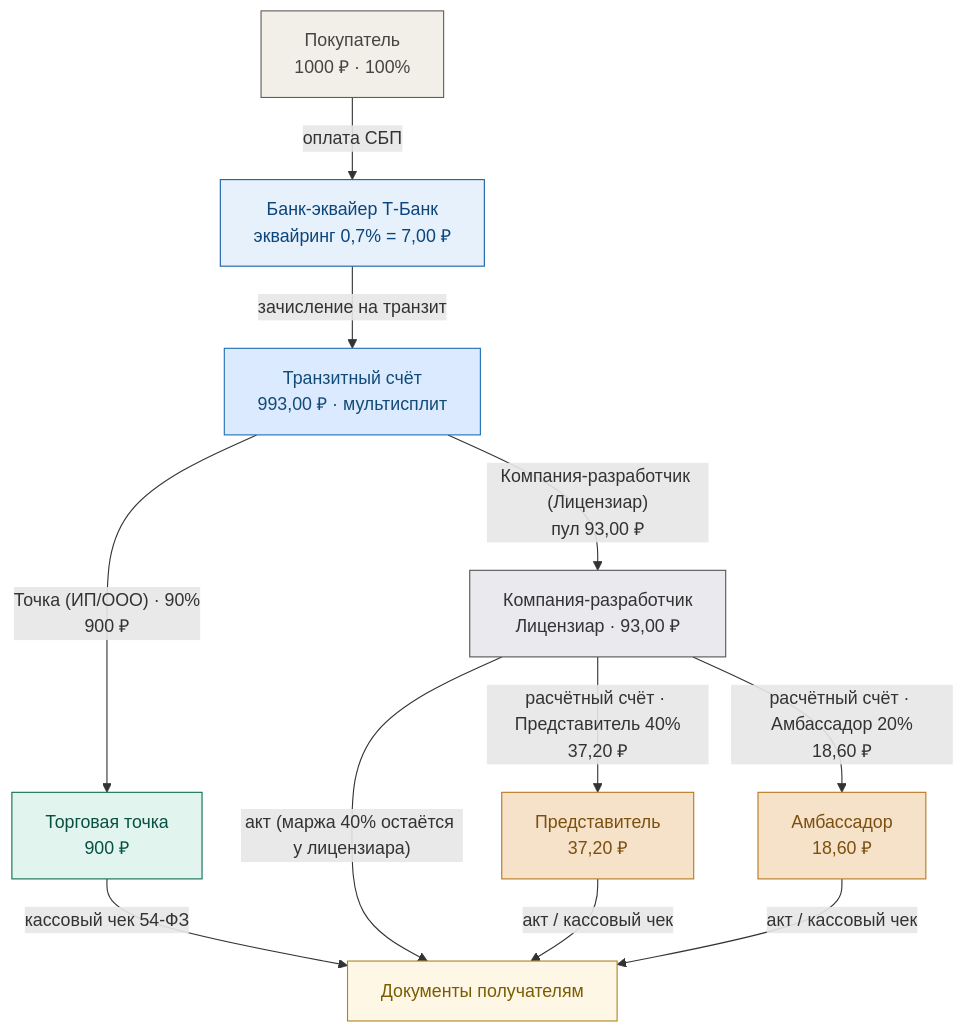
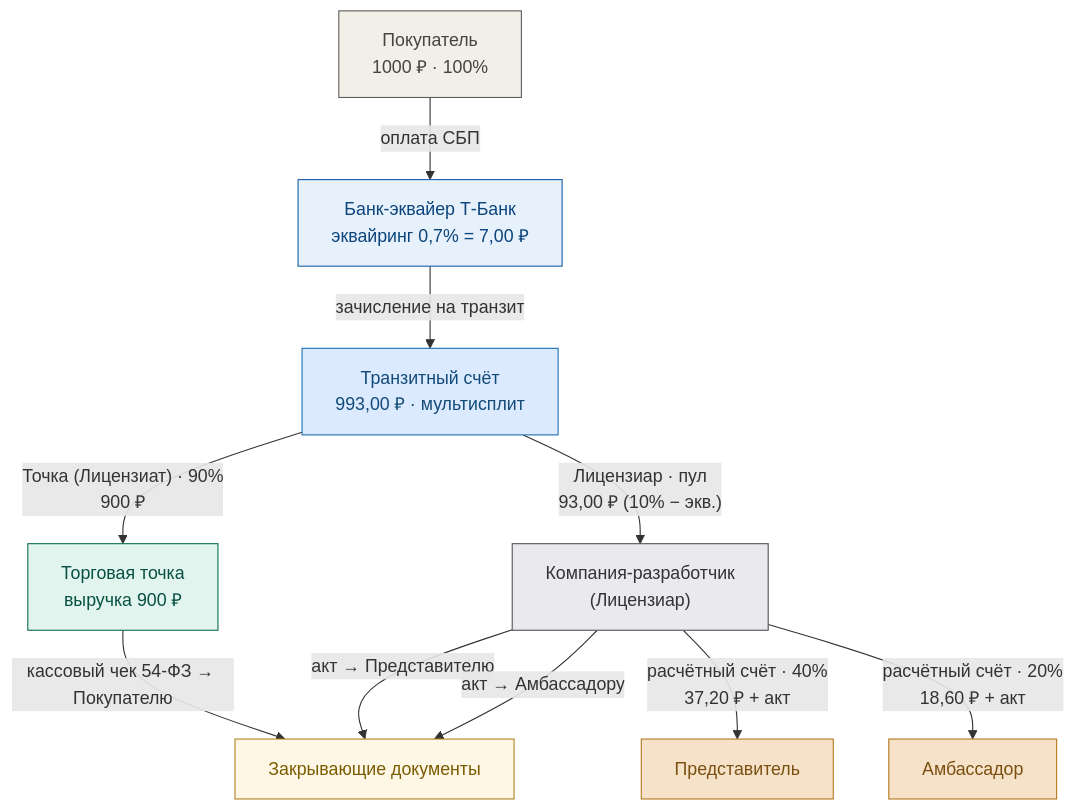
One commit to axiiom-ru/lovii changed the third of 4 diagrams in docs/money_flow_dev_operator_settlement.md. Above: the diagram before and after it, drawn with Mermaid. The commit also changed other lines of this file and 1 other file, not shown here.

````diff
--- a/docs/money_flow_dev_operator_settlement.md
+++ b/docs/money_flow_dev_operator_settlement.md
@@ -82,22 +73,21 @@
 ```mermaid
 flowchart TD
     P["Покупатель<br/>1000 ₽ · 100%"] -->|"оплата СБП"| B["Банк-эквайер Т-Банк<br/>эквайринг 0,7% = 7,00 ₽"]
     B -->|"зачисление на транзит"| T["Транзитный счёт<br/>993,00 ₽ · мультисплит"]
-    T -->|"Точка (ИП/ООО) · 90%<br/>900 ₽"| S["Торговая точка<br/>900 ₽"]
-    T -->|"Компания-разработчик (Лицензиар)<br/>пул 93,00 ₽"| C["Компания-разработчик<br/>Лицензиар · 93,00 ₽"]
-    C -->|"расчётный счёт · Представитель 40%<br/>37,20 ₽"| R["Представитель<br/>37,20 ₽"]
-    C -->|"расчётный счёт · Амбассадор 20%<br/>18,60 ₽"| A["Амбассадор<br/>18,60 ₽"]
-    S -->|"кассовый чек 54-ФЗ"| DOC["Документы получателям"]
-    C -->|"акт (маржа 40% остаётся у лицензиара)"| DOC
-    R -->|"акт / кассовый чек"| DOC
-    A -->|"акт / кассовый чек"| DOC
+    T -->|"Точка (Лицензиат) · 90%<br/>900 ₽"| S["Торговая точка<br/>выручка 900 ₽"]
+    T -->|"Лицензиар · пул<br/>93,00 ₽ (10% − экв.)"| C["Компания-разработчик<br/>(Лицензиар)"]
+    C -->|"расчётный счёт · 40%<br/>37,20 ₽ + акт"| R["Представитель"]
+    C -->|"расчётный счёт · 20%<br/>18,60 ₽ + акт"| A["Амбассадор"]
+    S -->|"кассовый чек 54-ФЗ → Покупателю"| D["Закрывающие документы"]
+    C -->|"акт → Представителю"| D
+    C -->|"акт → Амбассадору"| D
 
     classDef buyer fill:#f1efe8,stroke:#5f5e5a,color:#444441;
     classDef bank fill:#e6f1fb,stroke:#185fa5,color:#0c447c;
     classDef transit fill:#dbeafe,stroke:#1f6fb2,color:#134b78;
     classDef shop fill:#e1f5ee,stroke:#0f6e56,color:#085041;
     classDef dev fill:#e9e9ee,stroke:#555,color:#333;
     classDef rep fill:#f6e2c8,stroke:#b5791f,color:#7a4f10;
     classDef doc fill:#fff7e6,stroke:#b08520,color:#7a5c00;
-    class P buyer; class B bank; class T transit; class S shop; class C dev; class R rep; class A rep; class DOC doc;
+    class P buyer; class B bank; class T transit; class S shop; class C dev; class R rep; class A rep; class D doc;
 ```
````
